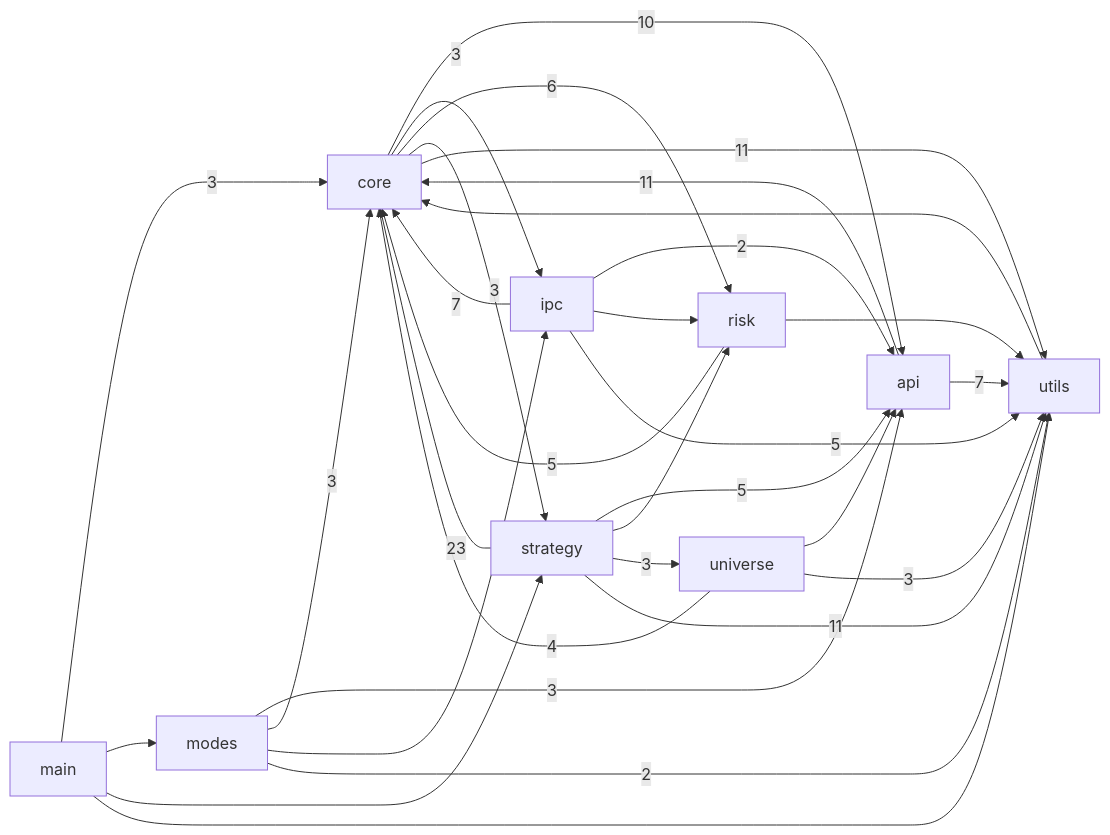
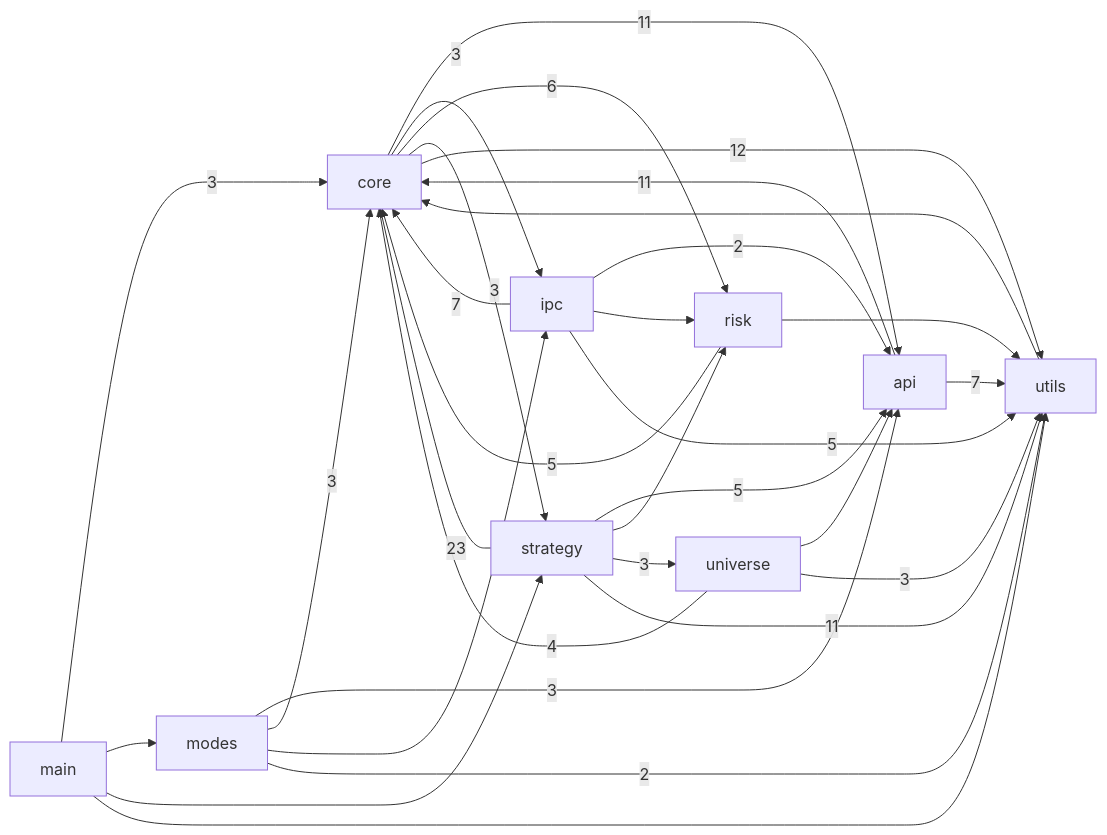
The first of 3 diagrams in docs/CODE_GRAPH.md (pypy8171/Quant), drawn with Mermaid before and after one commit. The commit also changed other lines of this file and 15 other files, not shown here.

````diff
--- a/docs/CODE_GRAPH.md
+++ b/docs/CODE_GRAPH.md
@@ -10,42 +10,42 @@
 ```mermaid
 graph LR
   main[main]
   modes[modes]
   core[core]
   strategy[strategy]
   api[api]
   universe[universe]
   risk[risk]
   ipc[ipc]
   utils[utils]
   api -->|11| core
   api -->|7| utils
-  core -->|10| api
+  core -->|11| api
   core -->|3| ipc
   core -->|6| risk
   core -->|3| strategy
-  core -->|11| utils
+  core -->|12| utils
   ipc -->|2| api
   ipc -->|7| core
   ipc --> risk
   ipc -->|5| utils
   main -->|3| core
   main --> modes
   main --> strategy
   main --> utils
   modes -->|3| api
   modes -->|3| core
   modes --> ipc
   modes -->|2| utils
   risk -->|5| core
   risk --> utils
   strategy -->|5| api
   strategy -->|23| core
   strategy --> risk
   strategy -->|3| universe
   strategy -->|11| utils
   universe --> api
   universe -->|4| core
   universe -->|3| utils
   utils --> core
 ```
````
